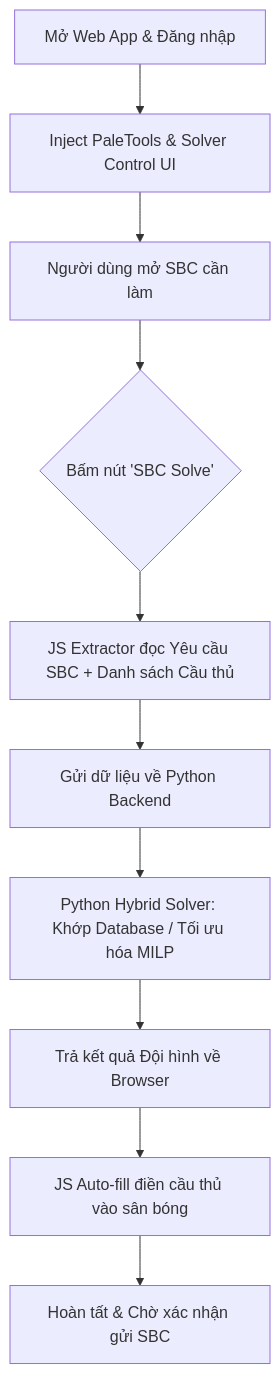
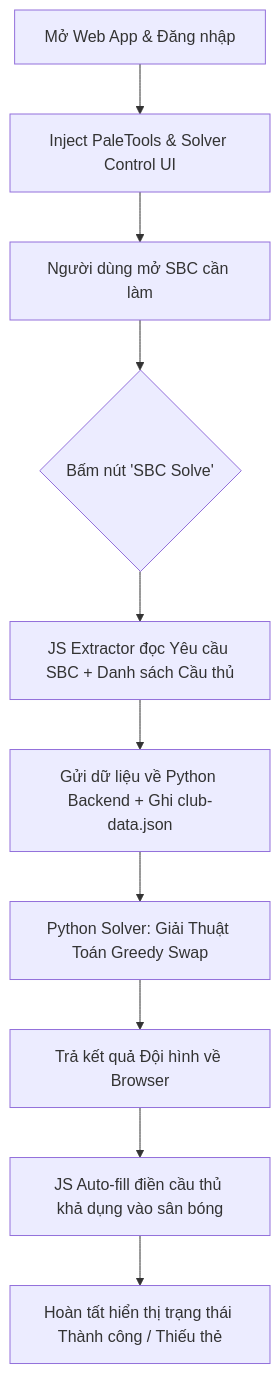
The diagram in .agents/skills/fc_sbc_solve/SKILL.md (cevasonic/Tool-Bot-FC-26), drawn with Mermaid before and after one commit. The commit also changed other lines of this file and 7 other files, not shown here.

Commit message:
feat/update: update sbc solver logic, rules, configs and documentation

````diff
--- a/.agents/skills/fc_sbc_solve/SKILL.md
+++ b/.agents/skills/fc_sbc_solve/SKILL.md
@@ -54,12 +56,12 @@
 ```mermaid
 graph TD
     A[Mở Web App & Đăng nhập] --> B[Inject PaleTools & Solver Control UI]
     B --> C[Người dùng mở SBC cần làm]
     C --> D{Bấm nút 'SBC Solve'}
     D --> E[JS Extractor đọc Yêu cầu SBC + Danh sách Cầu thủ]
-    E --> F[Gửi dữ liệu về Python Backend]
-    F --> G[Python Hybrid Solver: Khớp Database / Tối ưu hóa MILP]
+    E --> F[Gửi dữ liệu về Python Backend + Ghi club-data.json]
+    F --> G[Python Solver: Giải Thuật Toán Greedy Swap]
     G --> H[Trả kết quả Đội hình về Browser]
-    H --> I[JS Auto-fill điền cầu thủ vào sân bóng]
-    I --> J[Hoàn tất & Chờ xác nhận gửi SBC]
+    H --> I[JS Auto-fill điền cầu thủ khả dụng vào sân bóng]
+    I --> J[Hoàn tất hiển thị trạng thái Thành công / Thiếu thẻ]
 ```
````
